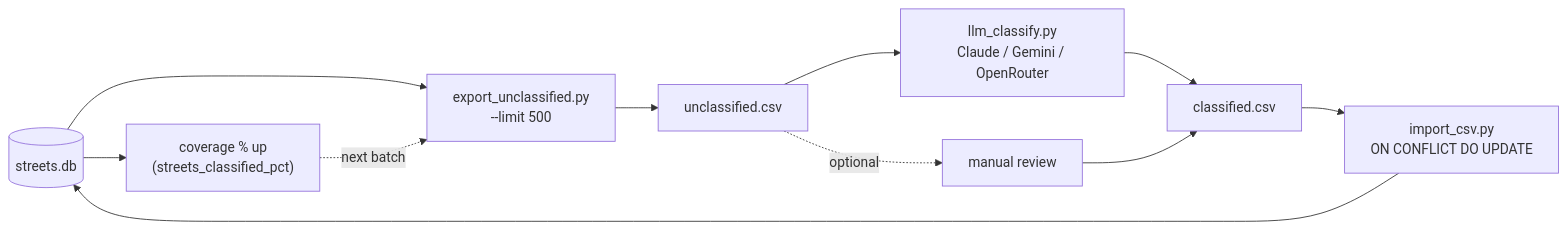
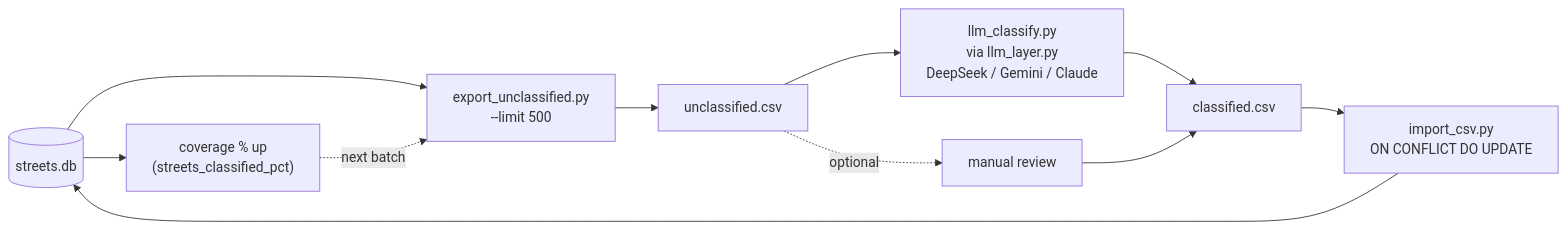
One commit to gov2-ro/nume-strazi changed the fifth of 5 diagrams in README.md. Above: the diagram before and after it, drawn with Mermaid. The commit also changed other lines of this file and 17 other files, not shown here.

First line of the commit message:
fix(site,curation): identity-keyed person pages, dist link integrity, LLM layer on simonw/llm

````diff
--- a/README.md
+++ b/README.md
@@ -405,18 +416,18 @@
 ```mermaid
 flowchart LR
     DB[("streets.db")]
     EXP["export_unclassified.py<br/>--limit 500"]
     U["unclassified.csv"]
-    LLM["llm_classify.py<br/>Claude / Gemini / OpenRouter"]
+    LLM["llm_classify.py<br/>via llm_layer.py<br/>DeepSeek / Gemini / Claude"]
     MAN["manual review"]
     C["classified.csv"]
     IMP["import_csv.py<br/>ON CONFLICT DO UPDATE"]
     COV["coverage % up<br/>(streets_classified_pct)"]
 
     DB --> EXP --> U
     U --> LLM --> C
     U -. optional .-> MAN --> C
     C --> IMP --> DB
     DB --> COV
     COV -. next batch .-> EXP
 ```
````
